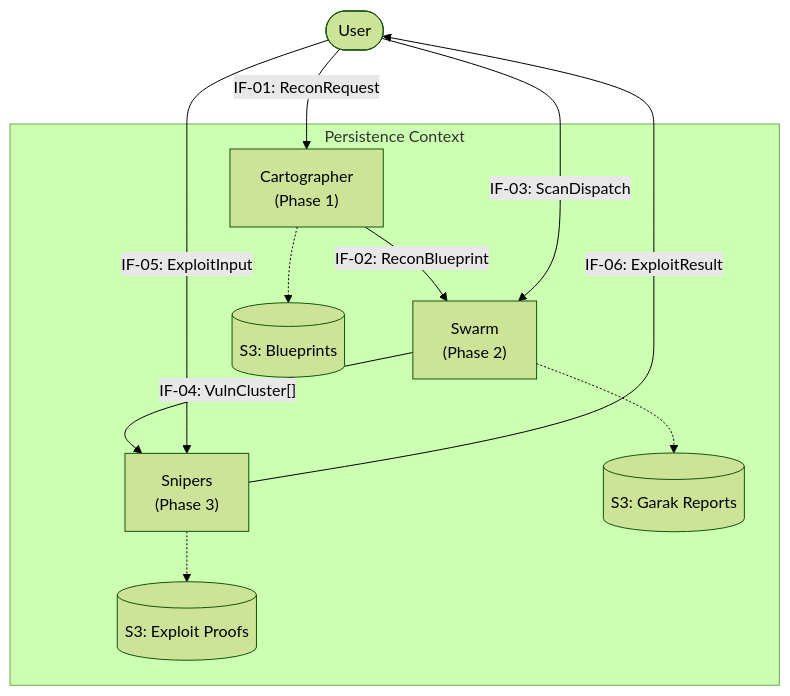
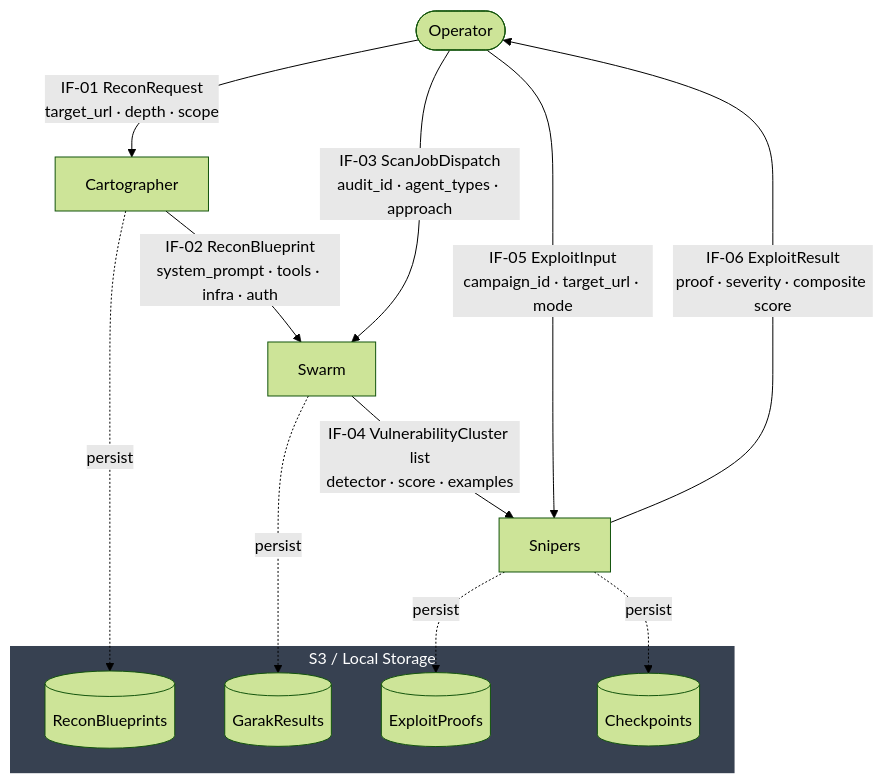
One commit to h19overflow/ASPEXA_AUTOMA changed diagram 11 of 12 in README.md. Above: the diagram before and after it, drawn with Mermaid (forest theme). The commit also changed other lines of this file and 15 other files, not shown here.

First line of the commit message:
Refactor Snipers: Enhance Swarm Intelligence Integration and Adaptation Vocabulary

````diff
--- a/README.md
+++ b/README.md
@@ -244,17 +498,26 @@
 ```mermaid
 graph TD
-    User([User]) -- "IF-01: ReconRequest" --> Carto["Cartographer<br/>(Phase 1)"]
-    Carto -- "IF-02: ReconBlueprint" --> Swarm["Swarm<br/>(Phase 2)"]
+    U([Operator])
 
-    User -- "IF-03: ScanDispatch" --> Swarm
-    Swarm -- "IF-04: VulnCluster[]" --> Sniper["Snipers<br/>(Phase 3)"]
+    U -->|"IF-01 ReconRequest<br/>target_url · depth · scope"| C["Cartographer"]
+    C -->|"IF-02 ReconBlueprint<br/>system_prompt · tools · infra · auth"| SW["Swarm"]
 
-    User -- "IF-05: ExploitInput" --> Sniper
-    Sniper -- "IF-06: ExploitResult" --> User
+    U -->|"IF-03 ScanJobDispatch<br/>audit_id · agent_types · approach"| SW
+    SW -->|"IF-04 VulnerabilityCluster list<br/>detector · score · examples"| SN["Snipers"]
 
-    subgraph "Persistence Context"
-        Carto -.-> S3_1[("S3: Blueprints")]
-        Swarm -.-> S3_2[("S3: Garak Reports")]
-        Sniper -.-> S3_3[("S3: Exploit Proofs")]
+    U -->|"IF-05 ExploitInput<br/>campaign_id · target_url · mode"| SN
+    SN -->|"IF-06 ExploitResult<br/>proof · severity · composite score"| U
+
+    subgraph S3 ["S3 / Local Storage"]
+        B1[("ReconBlueprints")]
+        B2[("GarakResults")]
+        B3[("ExploitProofs")]
+        B4[("Checkpoints")]
     end
+
+    C -.->|persist| B1
+    SW -.->|persist| B2
+    SN -.->|persist| B3 & B4
+
+    style S3 fill:#374151,color:#fff,stroke:none
 ```
````
